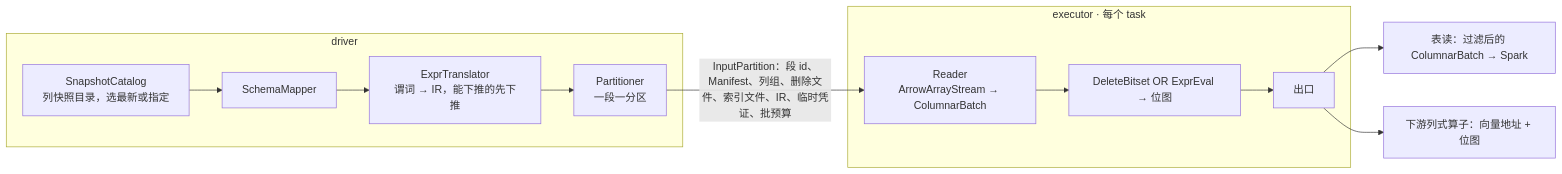
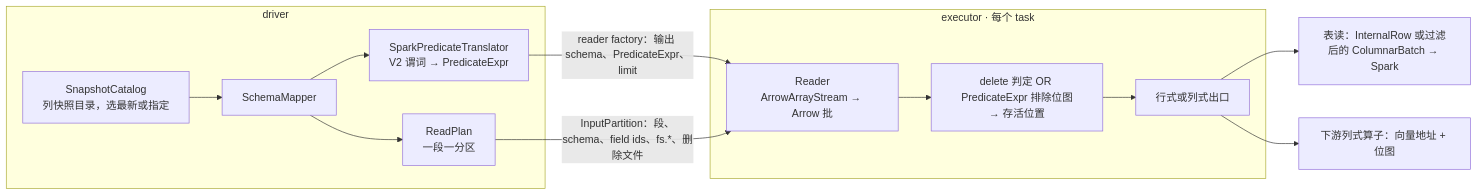
The second of 3 diagrams in docs/design/README.md (zilliztech/spark-milvus), drawn with Mermaid before and after one commit. The commit also changed other lines of this file and 34 other files, not shown here.

Commit message:
feat(read): evaluate Spark V2 predicates in connector

````diff
--- a/docs/design/README.md
+++ b/docs/design/README.md
@@ -92,12 +92,15 @@
 ```mermaid
 flowchart LR
   subgraph D["driver"]
-    SC["SnapshotCatalog<br/>列快照目录，选最新或指定"] --> SM["SchemaMapper"] --> ET["ExprTranslator<br/>谓词 → IR，能下推的先下推"] --> PT["Partitioner<br/>一段一分区"]
+    SC["SnapshotCatalog<br/>列快照目录，选最新或指定"] --> SM["SchemaMapper"]
+    SM --> ET["SparkPredicateTranslator<br/>V2 谓词 → PredicateExpr"]
+    SM --> PT["ReadPlan<br/>一段一分区"]
   end
-  PT -- "InputPartition：段 id、Manifest、列组、删除文件、索引文件、IR、临时凭证、批预算" --> R
+  ET -- "reader factory：输出 schema、PredicateExpr、limit" --> R
+  PT -- "InputPartition：段、schema、field ids、fs.*、删除文件" --> R
   subgraph E["executor · 每个 task"]
-    R["Reader<br/>ArrowArrayStream → ColumnarBatch"] --> B["DeleteBitset OR ExprEval → 位图"] --> O["出口"]
+    R["Reader<br/>ArrowArrayStream → Arrow 批"] --> B["delete 判定 OR PredicateExpr 排除位图<br/>→ 存活位置"] --> O["行式或列式出口"]
   end
-  O --> S["表读：过滤后的 ColumnarBatch → Spark"]
+  O --> S["表读：InternalRow 或过滤后的 ColumnarBatch → Spark"]
   O --> A["下游列式算子：向量地址 + 位图"]
 ```
````
